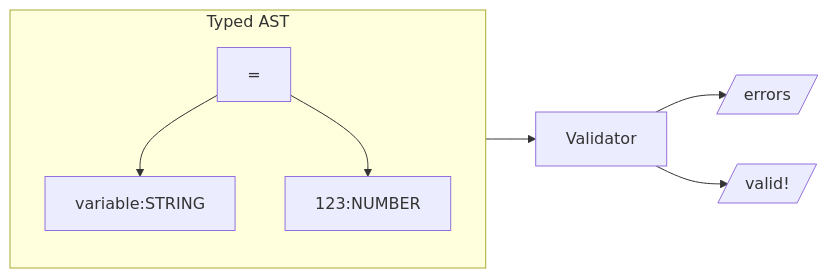
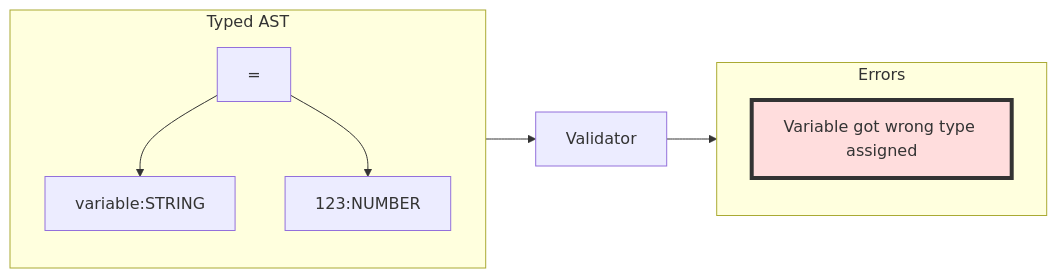
Before and after one commit to TypeFox/typir: the fifth of 5 diagrams in examples/expression/README.md, drawn with Mermaid. The commit also changed other lines of this file, not shown here.

````diff
--- a/examples/expression/README.md
+++ b/examples/expression/README.md
@@ -114,13 +116,16 @@
 ```mermaid
 flowchart LR
     subgraph AST["Typed AST"]
         FF1[variable:STRING]
         FF2[=]
         FF3[123:NUMBER]
         FF2 --> FF1
         FF2 --> FF3
     end
     AST --> H[Validator]
-    H --> I[/errors/]
-    H --> J[/valid!/]
+    H --> Errors
+    subgraph Errors
+        I1["Variable got wrong type assigned"]
+    end
+    style I1 fill:#fdd,stroke:#333,stroke-width:4px
 ```
````
